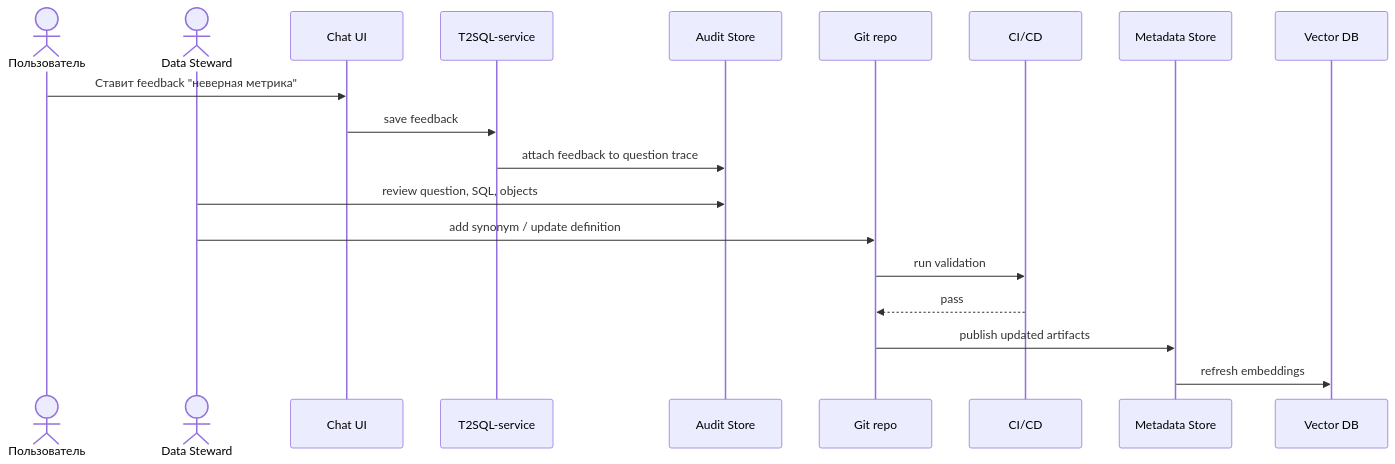
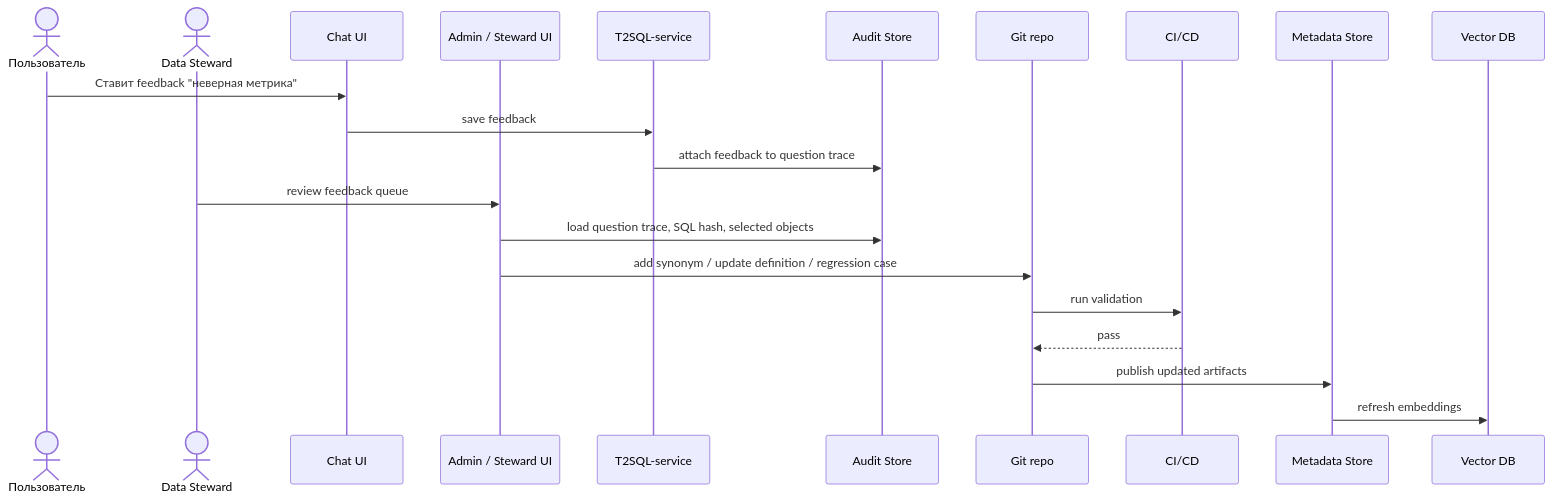
The sixth of 7 diagrams in docs/integration-scenarios.md (MikeYu123/texttosql), drawn with Mermaid before and after one commit. The commit also changed other lines of this file and 1 other file, not shown here.

Commit message:
Clarify steward UI in docs and spec

````diff
--- a/docs/integration-scenarios.md
+++ b/docs/integration-scenarios.md
@@ -136,22 +136,24 @@
 ```mermaid
 sequenceDiagram
     actor User as Пользователь
     actor Steward as Data Steward
     participant UI as Chat UI
+    participant StewardUI as Admin / Steward UI
     participant T2SQL as T2SQL-service
     participant Audit as Audit Store
     participant Git as Git repo
     participant CI as CI/CD
     participant Metadata as Metadata Store
     participant VectorDB as Vector DB
 
     User->>UI: Ставит feedback "неверная метрика"
     UI->>T2SQL: save feedback
     T2SQL->>Audit: attach feedback to question trace
-    Steward->>Audit: review question, SQL, objects
-    Steward->>Git: add synonym / update definition
+    Steward->>StewardUI: review feedback queue
+    StewardUI->>Audit: load question trace, SQL hash, selected objects
+    StewardUI->>Git: add synonym / update definition / regression case
     Git->>CI: run validation
     CI-->>Git: pass
     Git->>Metadata: publish updated artifacts
     Metadata->>VectorDB: refresh embeddings
 ```
````
